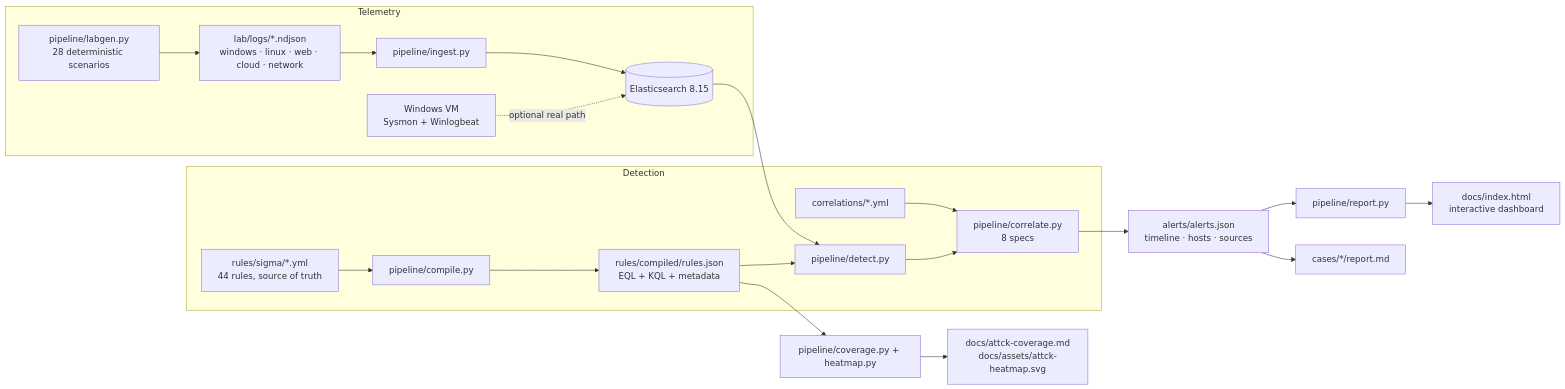
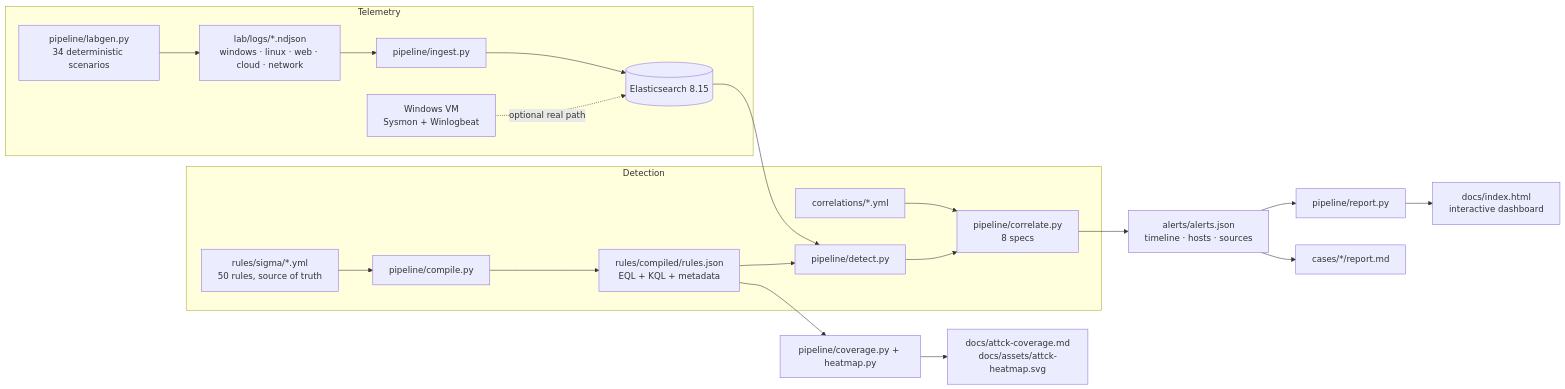
Before and after one commit to Meruyert5/penumbra: the diagram in README.md, drawn with Mermaid. The commit also changed other lines of this file and 44 other files, not shown here.

````diff
--- a/README.md
+++ b/README.md
@@ -66,25 +66,25 @@
 ```mermaid
 flowchart LR
   subgraph Telemetry
-    A["pipeline/labgen.py<br/>28 deterministic scenarios"] --> B["lab/logs/*.ndjson<br/>windows · linux · web · cloud · network"]
+    A["pipeline/labgen.py<br/>34 deterministic scenarios"] --> B["lab/logs/*.ndjson<br/>windows · linux · web · cloud · network"]
     W["Windows VM<br/>Sysmon + Winlogbeat"] -. optional real path .-> ES
     B --> I["pipeline/ingest.py"]
   end
 
   subgraph Detection
-    S["rules/sigma/*.yml<br/>44 rules, source of truth"] --> C["pipeline/compile.py"]
+    S["rules/sigma/*.yml<br/>50 rules, source of truth"] --> C["pipeline/compile.py"]
     C --> E["rules/compiled/rules.json<br/>EQL + KQL + metadata"]
     E --> D["pipeline/detect.py"]
     I --> ES[("Elasticsearch 8.15")]
     ES --> D
     D --> K["pipeline/correlate.py<br/>8 specs"]
     R["correlations/*.yml"] --> K
   end
 
   K --> AL["alerts/alerts.json<br/>timeline · hosts · sources"]
   AL --> REP["pipeline/report.py"]
   REP --> HTML["docs/index.html<br/>interactive dashboard"]
   AL --> CASE["cases/*/report.md"]
   E --> COV["pipeline/coverage.py + heatmap.py"]
   COV --> DOC["docs/attck-coverage.md<br/>docs/assets/attck-heatmap.svg"]
 ```
````
